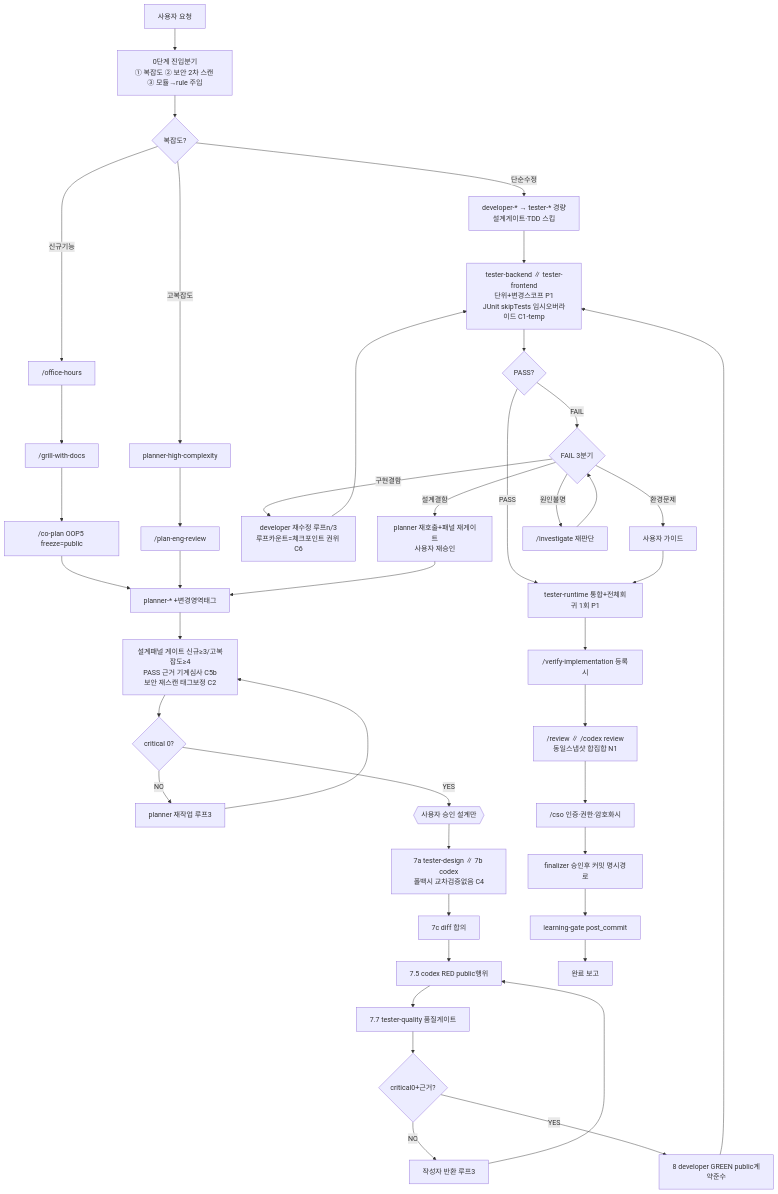
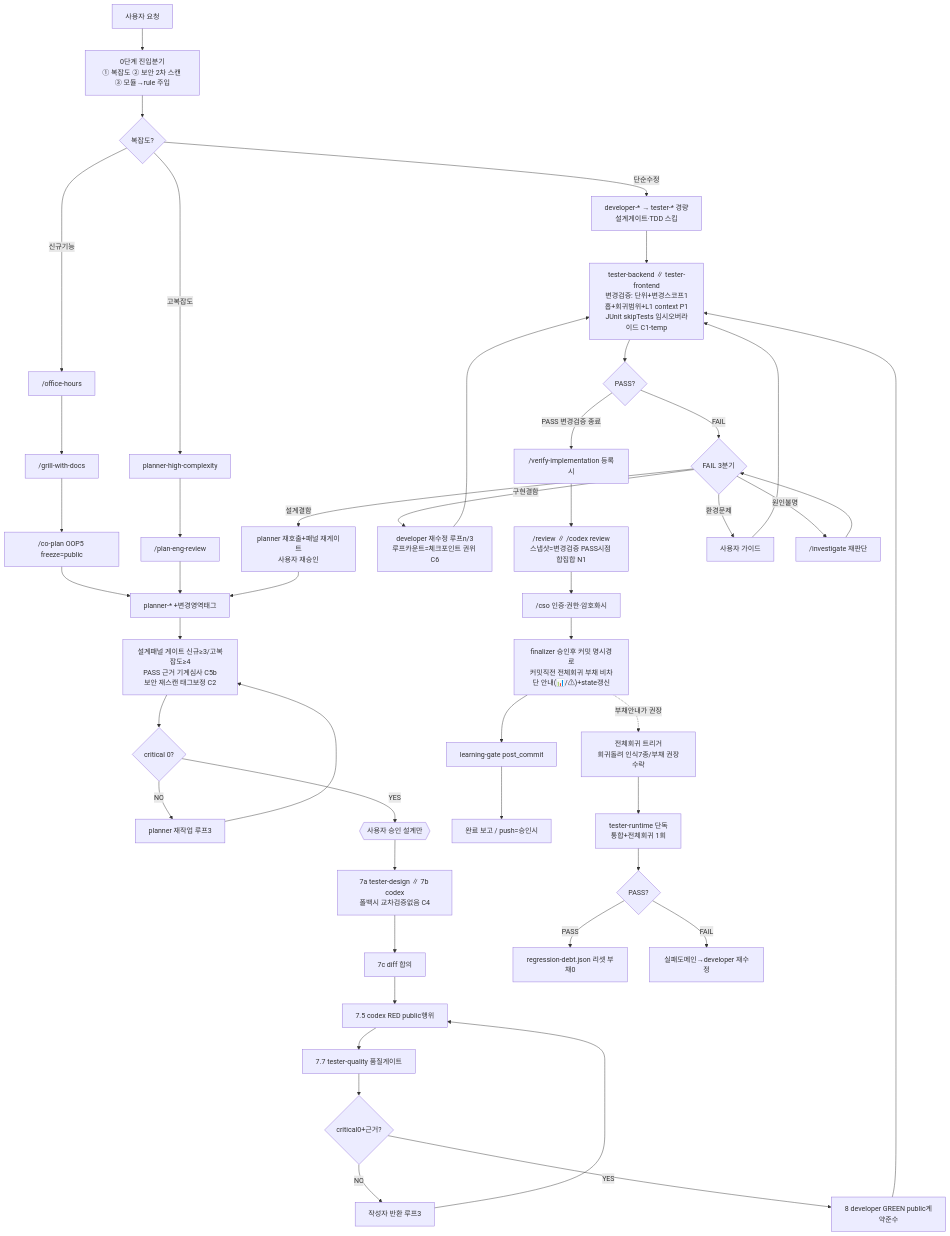
Before and after one commit to JungwooKim1271011706/harness-setup: the diagram in README.md, drawn with Mermaid. The commit also changed other lines of this file and 1 other file, not shown here.

Commit message:
docs: 전체회귀 부채 재설계 반영 - README mermaid + orchestrator 환경FAIL 정합
- README L9 프로즈에 tester-runtime 분리 명시
- mermaid: POST→tester-runtime 직결 제거, 변경검증 PASS→VER 직결로 교체
- mermaid: DEBT/RST/RT 노드 추가 (부채 트리거 별도 경로)
- mermaid: 환경FAIL → tester-runtime 대신 → POST(해당 tester) 재실행으로 수정
- orchestrator :258/:499 제네릭 환경FAIL "실패한 해당 tester" 로 정합 (tester-runtime 전용 :254 유지)

````diff
--- a/README.md
+++ b/README.md
@@ -11,37 +11,43 @@
 ```mermaid
 flowchart TD
   REQ["사용자 요청"] --> S0["0단계 진입분기<br/>① 복잡도 ② 보안 2차 스캔 ③ 모듈→rule 주입"]
   S0 --> CPX{복잡도?}
 
   CPX -->|단순수정| SIMP["developer-* → tester-* 경량<br/>설계게이트·TDD 스킵"]
   SIMP --> POST
   CPX -->|신규기능| NF1["/office-hours"]
   CPX -->|고복잡도| HC1["planner-high-complexity"]
 
   NF1 --> NF2["/grill-with-docs"] --> NF3["/co-plan OOP5 freeze=public"] --> PL["planner-* +변경영역태그"]
   HC1 --> HCE["/plan-eng-review"] --> PL
   PL --> GATE["설계패널 게이트 신규≥3/고복잡도≥4<br/>PASS 근거 기계심사 C5b<br/>보안 재스캔 태그보정 C2"]
   GATE --> CRIT{critical 0?}
   CRIT -->|NO| PLRE["planner 재작업 루프3"] --> GATE
   CRIT -->|YES| APV{{"사용자 승인 설계만"}}
 
   APV --> T7A["7a tester-design ∥ 7b codex<br/>폴백시 교차검증없음 C4"]
   T7A --> T7C["7c diff 합의"] --> T75["7.5 codex RED public행위"] --> T77["7.7 tester-quality 품질게이트"]
   T77 --> Q77{critical0+근거?}
   Q77 -->|NO| RET["작성자 반환 루프3"] --> T75
   Q77 -->|YES| T8["8 developer GREEN public계약준수"]
   T8 --> POST
 
-  POST["tester-backend ∥ tester-frontend<br/>단위+변경스코프 P1<br/>JUnit skipTests 임시오버라이드 C1-temp"]
+  POST["tester-backend ∥ tester-frontend<br/>변경검증: 단위+변경스코프1홉+회귀범위+L1 context P1<br/>JUnit skipTests 임시오버라이드 C1-temp"]
   POST --> PF{PASS?}
-  PF -->|PASS| RT["tester-runtime 통합+전체회귀 1회 P1"]
-  RT --> VER["/verify-implementation 등록시"] --> REV["/review ∥ /codex review<br/>동일스냅샷 합집합 N1"]
-  REV --> CSO["/cso 인증·권한·암호화시"] --> FIN["finalizer 승인후 커밋 명시경로"]
-  FIN --> LG["learning-gate post_commit"] --> DONE["완료 보고"]
+  PF -->|PASS 변경검증 종료| VER["/verify-implementation 등록시"]
+  VER --> REV["/review ∥ /codex review<br/>스냅샷=변경검증 PASS시점 합집합 N1"]
+  REV --> CSO["/cso 인증·권한·암호화시"] --> FIN["finalizer 승인후 커밋 명시경로<br/>커밋직전 전체회귀 부채 비차단 안내(📊/⚠)+state갱신"]
+  FIN --> LG["learning-gate post_commit"] --> DONE["완료 보고 / push=승인시"]
 
   PF -->|FAIL| FB{FAIL 3분기}
   FB -->|구현결함| DEV["developer 재수정 루프n/3<br/>루프카운트=체크포인트 권위 C6"] --> POST
   FB -->|설계결함| DM["planner 재호출+패널 재게이트<br/>사용자 재승인"] --> PL
-  FB -->|환경문제| EN["사용자 가이드"] --> RT
+  FB -->|환경문제| EN["사용자 가이드"] --> POST
   FB -->|원인불명| INV["/investigate 재판단"] --> FB
+
+  FIN -.부채안내가 권장.-> DEBT["전체회귀 트리거<br/>회귀돌려 인식7종/부채 권장수락"]
+  DEBT --> RT["tester-runtime 단독<br/>통합+전체회귀 1회"]
+  RT --> RTP{PASS?}
+  RTP -->|PASS| RST["regression-debt.json 리셋 부채0"]
+  RTP -->|FAIL| RTF["실패도메인→developer 재수정"]
 ```
````
